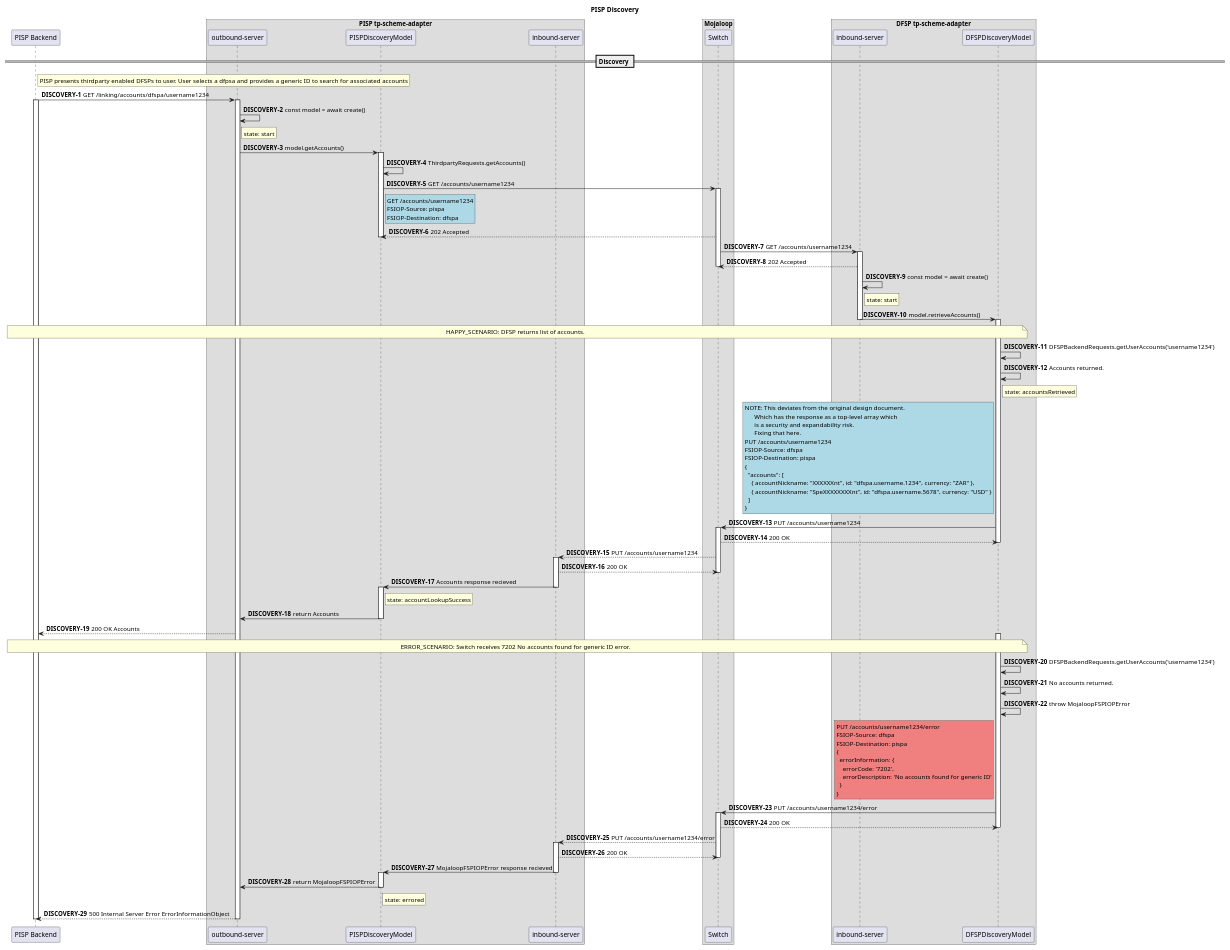
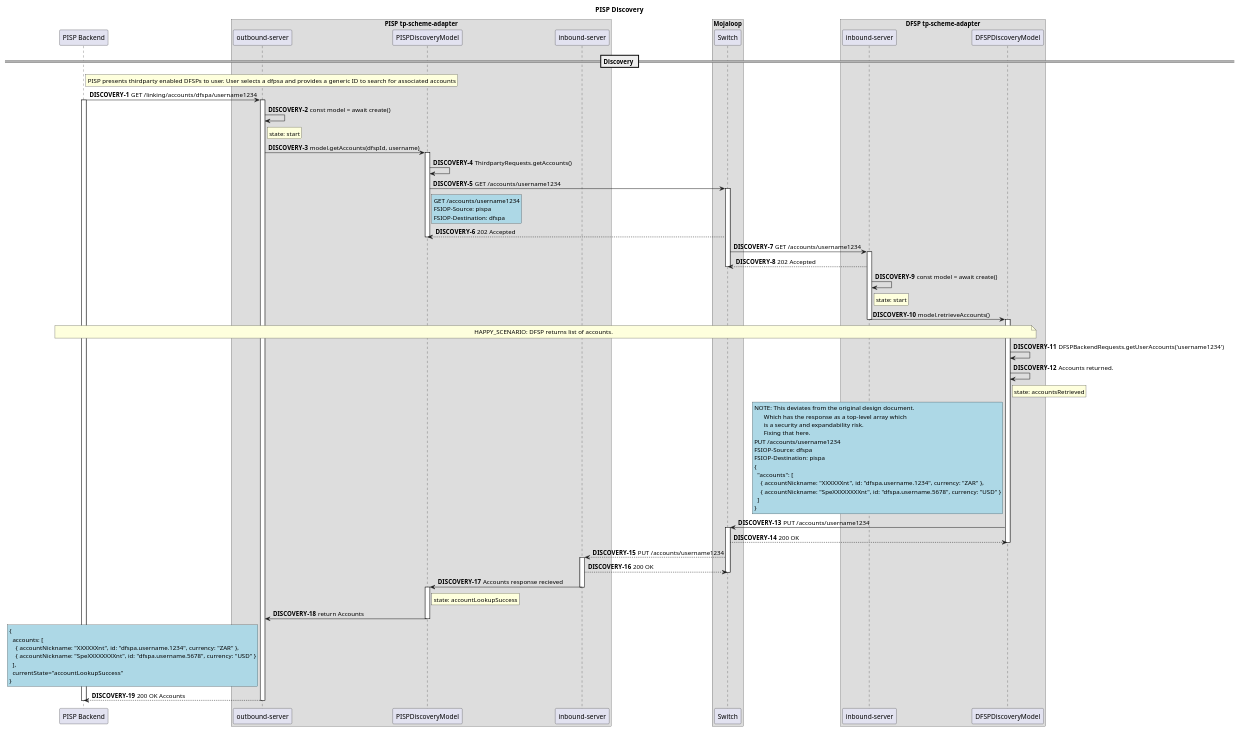
The diagram in docs/sequence/PISPDiscoveryApi.puml (mojaloop/thirdparty-sdk), drawn with PlantUML before and after one commit. The commit also changed 4 other files, not shown here.

```diff
--- a/docs/sequence/PISPDiscoveryApi.puml
+++ b/docs/sequence/PISPDiscoveryApi.puml
@@ -1,143 +1,111 @@
 @startuml
 
 title PISP Discovery
 
 participant "PISP Backend" as PISP
 box "PISP tp-scheme-adapter"
   participant "outbound-server" as PISP_TP_OUT
   participant "PISPDiscoveryModel" as PISP_DM
   participant "inbound-server" as PISP_TP_IN
 end box
 box "Mojaloop"
     participant Switch
 end box
 box "DFSP tp-scheme-adapter"
   participant "inbound-server" as DFSP_TP_IN
   participant "DFSPDiscoveryModel" as DFSP_DM
 end box
 
 == Discovery ==
 autonumber 1 "<b>DISCOVERY-#</b>"
 rnote right of PISP
 PISP presents thirdparty enabled DFSPs to user. User selects a dfpsa and provides a generic ID to search for associated accounts
 end note
 PISP -> PISP_TP_OUT: GET /linking/accounts/dfspa/username1234
 
 activate PISP
 activate PISP_TP_OUT
 
 PISP_TP_OUT -> PISP_TP_OUT: const model = await create()
 rnote right of PISP_TP_OUT: state: start
-PISP_TP_OUT -> PISP_DM: model.getAccounts()
+PISP_TP_OUT -> PISP_DM: model.getAccounts(dfspId, username)
 
 activate PISP_DM
 
 
 PISP_DM -> PISP_DM: ThirdpartyRequests.getAccounts()
 PISP_DM -> Switch: GET /accounts/username1234
 rnote right of PISP_DM #LightBlue
 GET /accounts/username1234
 FSIOP-Source: pispa
 FSIOP-Destination: dfspa
 end note
 
 activate Switch
 Switch --> PISP_DM: 202 Accepted
 deactivate PISP_DM
 
 Switch -> DFSP_TP_IN: GET /accounts/username1234
 activate DFSP_TP_IN
 DFSP_TP_IN --> Switch: 202 Accepted
 deactivate Switch
 
 DFSP_TP_IN -> DFSP_TP_IN: const model = await create()
 rnote right of DFSP_TP_IN: state: start
 DFSP_TP_IN -> DFSP_DM: model.retrieveAccounts()
 deactivate DFSP_TP_IN
 
 note over PISP, DFSP_DM
   HAPPY_SCENARIO: DFSP returns list of accounts.
 end note
 
 activate DFSP_DM
 DFSP_DM -> DFSP_DM: DFSPBackendRequests.getUserAccounts('username1234')
 DFSP_DM -> DFSP_DM: Accounts returned.
 rnote right of DFSP_DM: state: accountsRetrieved
 
 rnote left of DFSP_DM #LightBlue
 NOTE: This deviates from the original design document.
       Which has the response as a top-level array which
       is a security and expandability risk.
       Fixing that here.
 PUT /accounts/username1234
 FSIOP-Source: dfspa
 FSIOP-Destination: pispa
 {
   "accounts": [
     { accountNickname: "XXXXXXnt", id: "dfspa.username.1234", currency: "ZAR" },
     { accountNickname: "SpeXXXXXXXXnt", id: "dfspa.username.5678", currency: "USD" }
   ]
 }
 end note
 
 DFSP_DM -> Switch: PUT /accounts/username1234
 activate Switch
 Switch --> DFSP_DM: 200 OK
 deactivate DFSP_DM
 
 Switch --> PISP_TP_IN: PUT /accounts/username1234
 activate PISP_TP_IN
 PISP_TP_IN --> Switch: 200 OK
 deactivate Switch
 
 PISP_TP_IN -> PISP_DM: Accounts response recieved
 rnote right of PISP_DM: state: accountLookupSuccess
 deactivate PISP_TP_IN
 activate PISP_DM
 PISP_DM -> PISP_TP_OUT: return Accounts
 deactivate PISP_DM
-PISP_TP_OUT --> PISP: 200 OK Accounts
-
-
-note over PISP, DFSP_DM
-  ERROR_SCENARIO: Switch receives 7202 No accounts found for generic ID error.
-end note
-
-activate DFSP_DM
-DFSP_DM -> DFSP_DM: DFSPBackendRequests.getUserAccounts('username1234')
-DFSP_DM -> DFSP_DM: No accounts returned.
-DFSP_DM -> DFSP_DM: throw MojaloopFSPIOPError
-
-rnote left of DFSP_DM #LightCoral
-PUT /accounts/username1234/error
-FSIOP-Source: dfspa
-FSIOP-Destination: pispa
+rnote left of PISP_TP_OUT #LightBlue
 {
-  errorInformation: {
-    errorCode: '7202',
-    errorDescription: 'No accounts found for generic ID'
-  }
+  accounts: [
+    { accountNickname: "XXXXXXnt", id: "dfspa.username.1234", currency: "ZAR" },
+    { accountNickname: "SpeXXXXXXXXnt", id: "dfspa.username.5678", currency: "USD" }
+  ],
+  currentState="accountLookupSuccess"
 }
 end note
-
-DFSP_DM -> Switch: PUT /accounts/username1234/error
-activate Switch
-Switch --> DFSP_DM: 200 OK
-deactivate DFSP_DM
-
-Switch --> PISP_TP_IN: PUT /accounts/username1234/error
-activate PISP_TP_IN
-PISP_TP_IN --> Switch: 200 OK
-deactivate Switch
-
-PISP_TP_IN -> PISP_DM: MojaloopFSPIOPError response recieved
-deactivate PISP_TP_IN
-activate PISP_DM
-PISP_DM -> PISP_TP_OUT: return MojaloopFSPIOPError
-rnote right of PISP_DM: state: errored
-deactivate PISP_DM
-PISP_TP_OUT --> PISP: 500 Internal Server Error ErrorInformationObject
+PISP_TP_OUT --> PISP: 200 OK Accounts
 deactivate PISP_TP_OUT
 deactivate PISP
-
 @enduml
```
